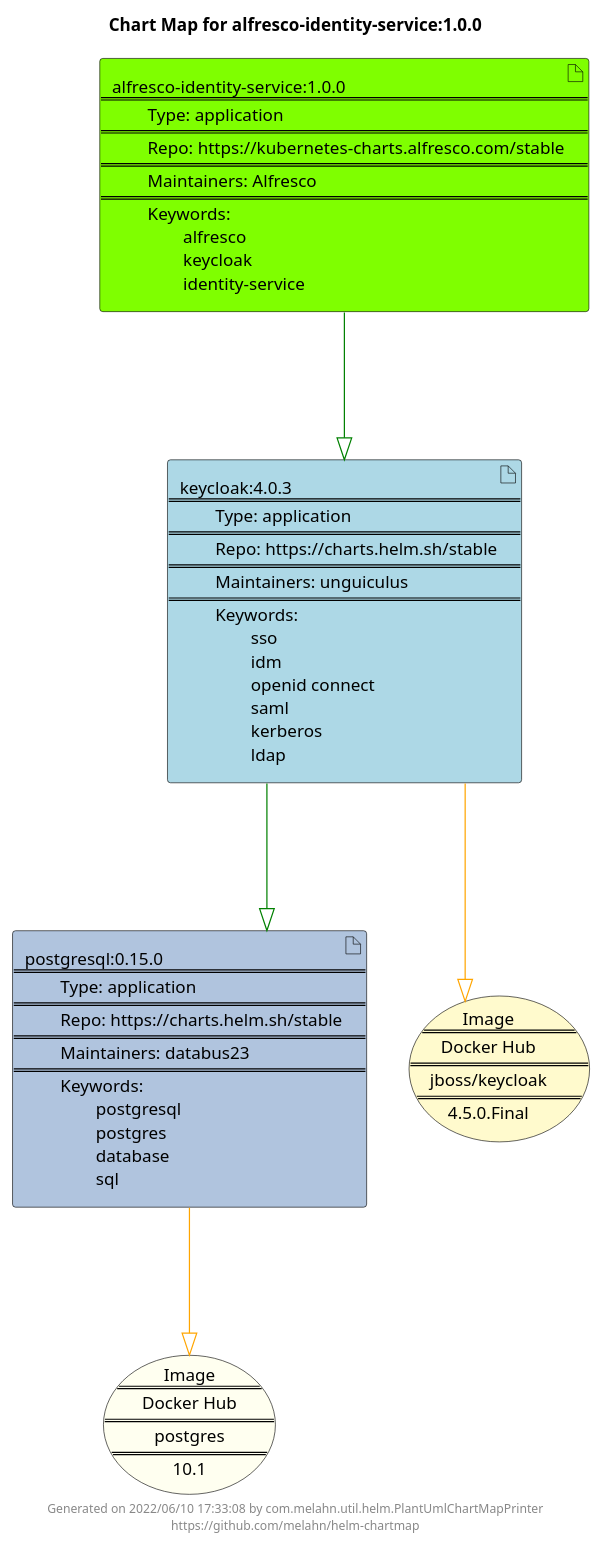
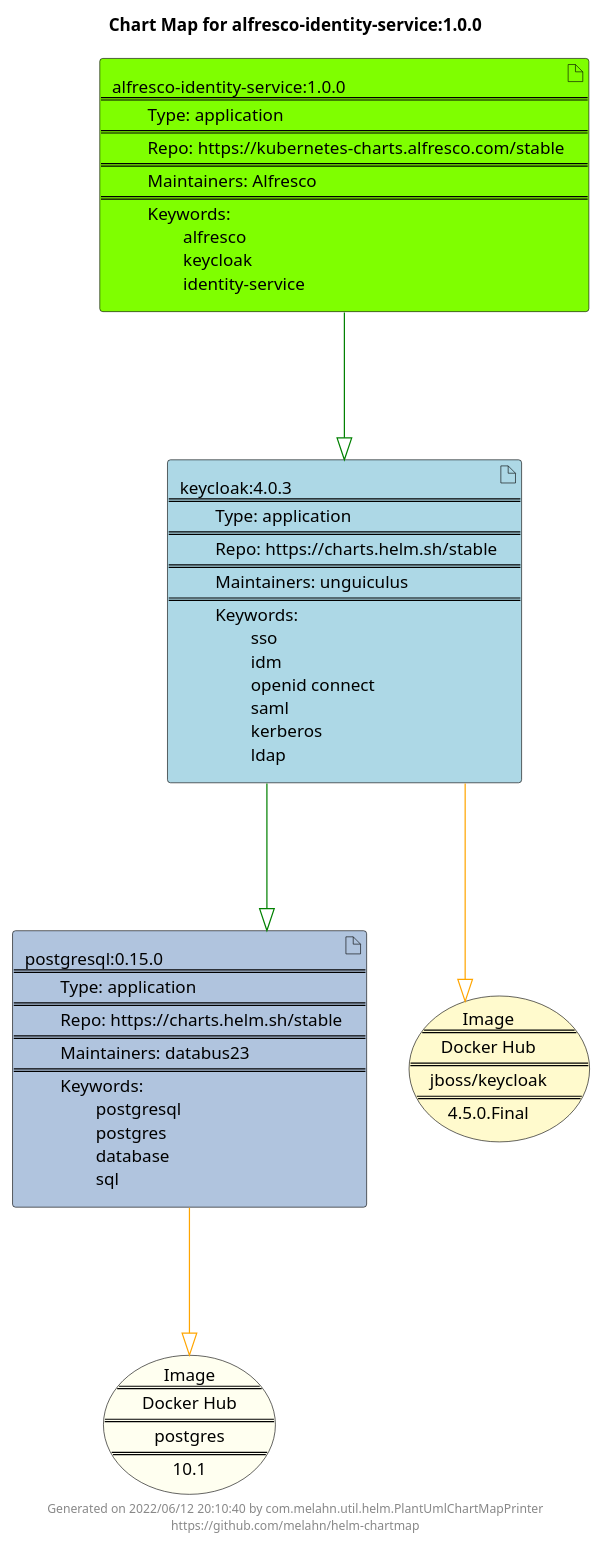
The diagram in docs/alfresco-identity-service/alfresco-identity-service-1.0.0.puml (melahn/helm-chartmap), drawn with PlantUML before and after one commit. The commit also changed 59 other files, not shown here.

Commit message:
Update Example Chart Maps as part of GitHub build

```diff
--- a/docs/alfresco-identity-service/alfresco-identity-service-1.0.0.puml
+++ b/docs/alfresco-identity-service/alfresco-identity-service-1.0.0.puml
@@ -1,27 +1,27 @@
 @startuml
 skinparam linetype ortho
 skinparam backgroundColor white
 skinparam usecaseBorderColor black
 skinparam usecaseArrowColor LightSlateGray
 skinparam artifactBorderColor black
 skinparam artifactArrowColor LightSlateGray
 
 title Chart Map for alfresco-identity-service:1.0.0
 
 'There are 3 referenced Helm Charts
 artifact "keycloak:4.0.3\n====\n\tType: application\n====\n\tRepo: https://charts.helm.sh/stable\n====\n\tMaintainers: unguiculus\n====\n\tKeywords: \n\t\tsso\n\t\tidm\n\t\topenid connect\n\t\tsaml\n\t\tkerberos\n\t\tldap" as keycloak_4_0_3 #LightBlue
 artifact "alfresco-identity-service:1.0.0\n====\n\tType: application\n====\n\tRepo: https://kubernetes-charts.alfresco.com/stable\n====\n\tMaintainers: Alfresco\n====\n\tKeywords: \n\t\talfresco\n\t\tkeycloak\n\t\tidentity-service" as alfresco_identity_service_1_0_0 #Chartreuse
 artifact "postgresql:0.15.0\n====\n\tType: application\n====\n\tRepo: https://charts.helm.sh/stable\n====\n\tMaintainers: databus23\n====\n\tKeywords: \n\t\tpostgresql\n\t\tpostgres\n\t\tdatabase\n\t\tsql" as postgresql_0_15_0 #LightSteelBlue
 
 'There are 2 referenced Docker Images
 usecase "Image\n====\nDocker Hub\n====\npostgres\n====\n10.1" as postgres_10_1 #Ivory
 usecase "Image\n====\nDocker Hub\n====\njboss/keycloak\n====\n4.5.0.Final" as jboss_keycloak_4_5_0_Final #LemonChiffon
 
 'Chart Dependencies
 alfresco_identity_service_1_0_0--[#green]-|>keycloak_4_0_3
 keycloak_4_0_3--[#green]-|>postgresql_0_15_0
 keycloak_4_0_3--[#orange]-|>jboss_keycloak_4_5_0_Final
 postgresql_0_15_0--[#orange]-|>postgres_10_1
 
-center footer Generated on 2022/06/10 17:33:08 by com.melahn.util.helm.PlantUmlChartMapPrinter\nhttps://github.com/melahn/helm-chartmap
+center footer Generated on 2022/06/12 20:10:40 by com.melahn.util.helm.PlantUmlChartMapPrinter\nhttps://github.com/melahn/helm-chartmap
 @enduml
```
